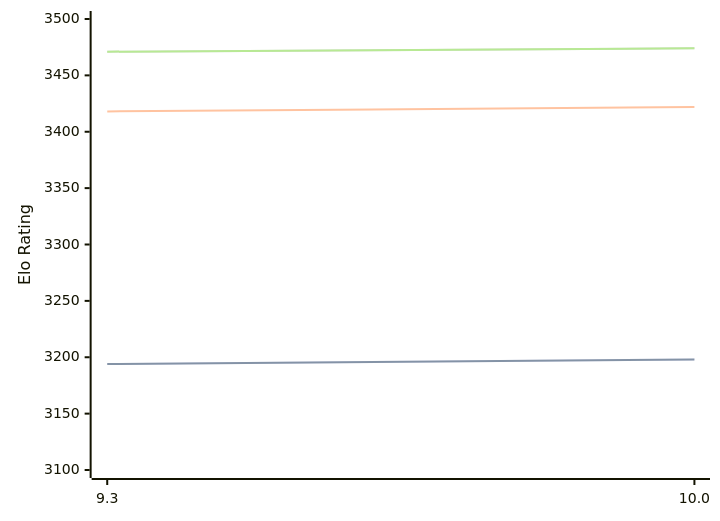
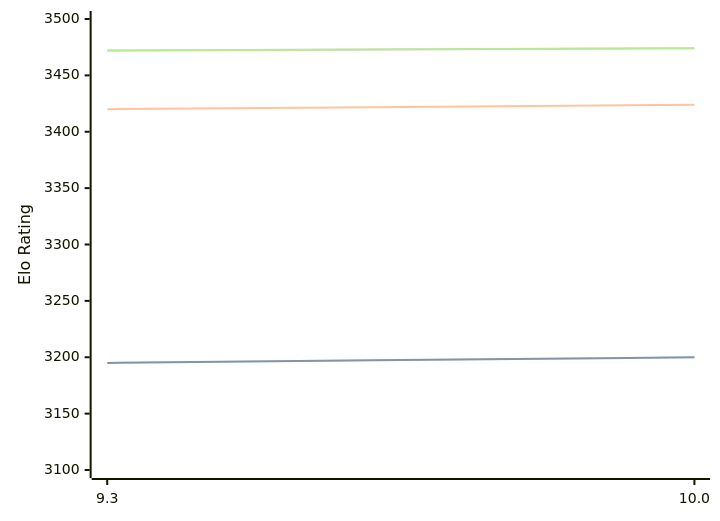
One commit to computer-chess-index/cci changed the diagram in engines/Fire.md. Above: the diagram before and after it, drawn with Mermaid. The commit also changed other lines of this file, not shown here.

Commit message:
Update CCI Ratings (ELO VLTC) - 2026-05-06

````diff
--- a/engines/Fire.md
+++ b/engines/Fire.md
@@ -47,11 +47,11 @@
 ```mermaid
 %%{init: {"theme":"base","themeVariables":{"seriesColors:['#a3a3a3','#222221','#faa371']}}}%%
 xychart-beta
   x-axis ["9.3", "10.0"]
   y-axis "Elo Rating" 3100 --> 3500
-  line "STC (8.0+0.08s)" [3194, 3198]
-  line "STC (8.0+0.08s)" [3194, 3198]
-  line "LTC (60.0+0.60s)" [3418, 3422]
-  line "VLTC (2m24s+1.12s)" [3471, 3474]
-  line "VLTC (2m24s+1.12s)" [3471, 3474]
+  line "STC (8.0+0.08s)" [3195, 3200]
+  line "STC (8.0+0.08s)" [3195, 3200]
+  line "LTC (60.0+0.60s)" [3420, 3424]
+  line "VLTC (2m24s+1.12s)" [3472, 3474]
+  line "VLTC (2m24s+1.12s)" [3472, 3474]
 ```
````
